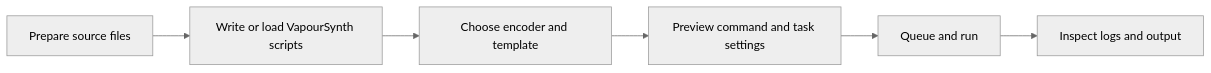
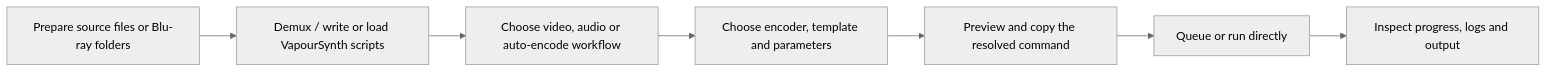
The diagram in README.en.md (frankie1024/FlowEncode), drawn with Mermaid (neutral theme) before and after one commit. The commit also changed other lines of this file and 2 other files, not shown here.

````diff
--- a/README.en.md
+++ b/README.en.md
@@ -74,8 +76,9 @@
 ```mermaid
 flowchart LR
-  A["Prepare source files"] --> B["Write or load VapourSynth scripts"]
-  B --> C["Choose encoder and template"]
-  C --> D["Preview command and task settings"]
-  D --> E["Queue and run"]
-  E --> F["Inspect logs and output"]
+  A["Prepare source files or Blu-ray folders"] --> B["Demux / write or load VapourSynth scripts"]
+  B --> C["Choose video, audio or auto-encode workflow"]
+  C --> D["Choose encoder, template and parameters"]
+  D --> E["Preview and copy the resolved command"]
+  E --> F["Queue or run directly"]
+  F --> G["Inspect progress, logs and output"]
 ```
````
